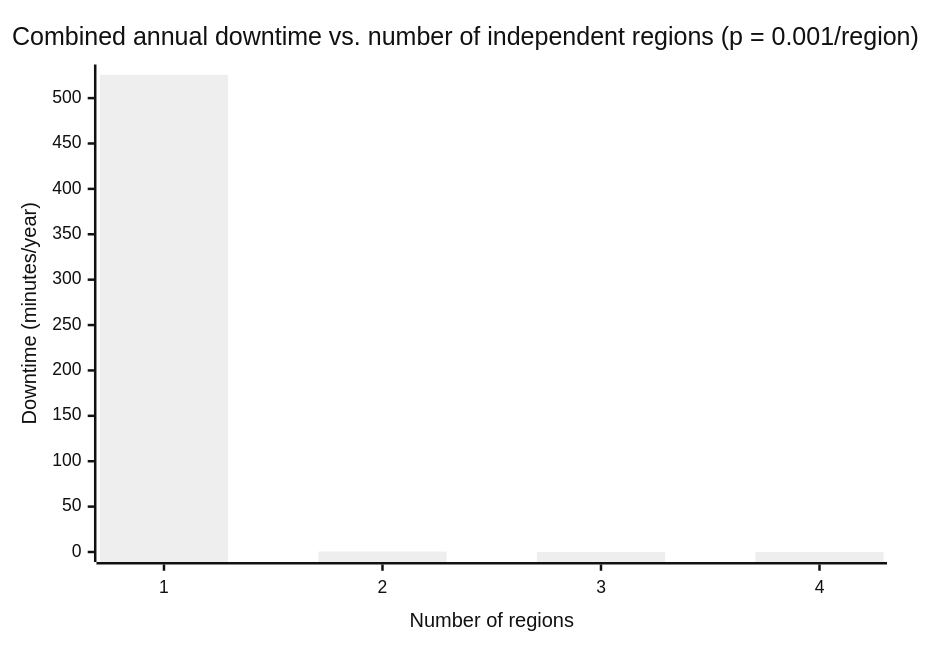
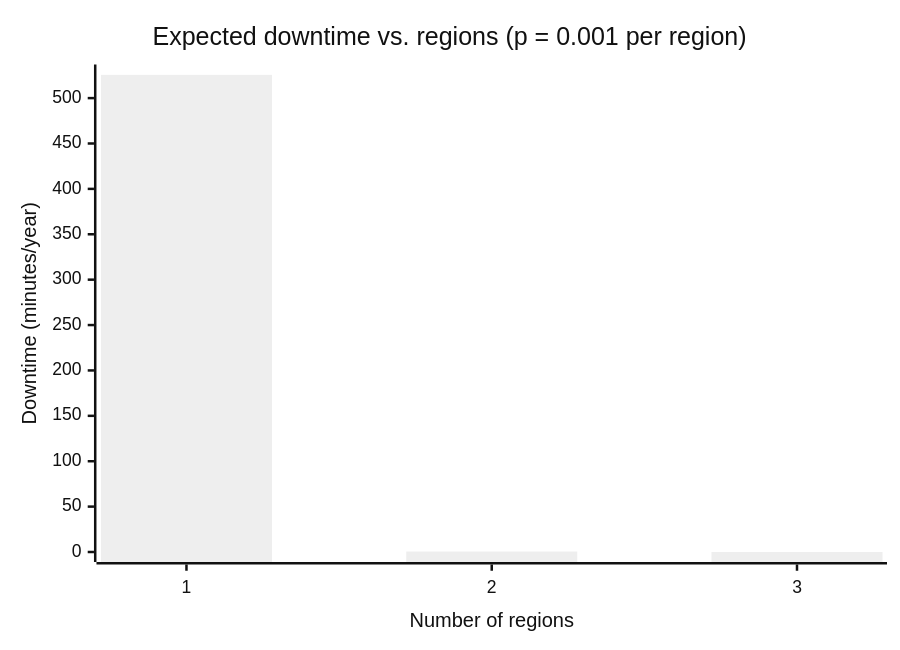
One commit to francoandreDev/knowledge changed the second of 2 diagrams in src/content/systems/redundancy/L3-deep-dive.mdx. Above: the diagram before and after it, drawn with Mermaid (neutral theme). The commit also changed other lines of this file and 4 other files, not shown here.

````diff
--- a/src/content/systems/redundancy/L3-deep-dive.mdx
+++ b/src/content/systems/redundancy/L3-deep-dive.mdx
@@ -204,7 +156,7 @@
 ```mermaid
 xychart-beta
-    title "Combined annual downtime vs. number of independent regions (p = 0.001/region)"
-    x-axis "Number of regions" [1, 2, 3, 4]
+    title "Expected downtime vs. regions (p = 0.001 per region)"
+    x-axis "Number of regions" [1, 2, 3]
     y-axis "Downtime (minutes/year)" 0 --> 526
-    bar [525.6, 0.53, 0.0005, 0.0000005]
+    bar [525.6, 0.53, 0.0005]
 ```
````
